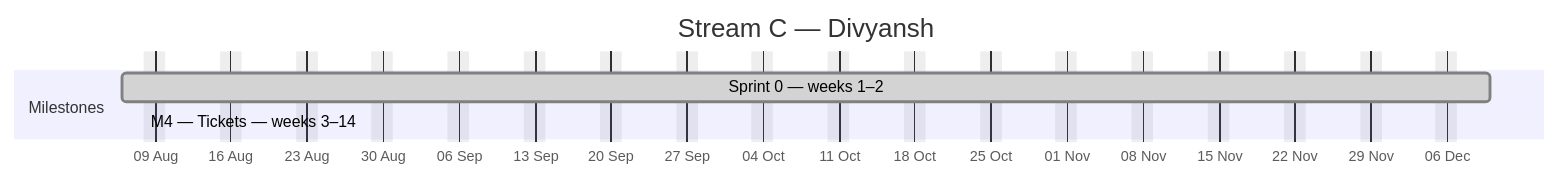
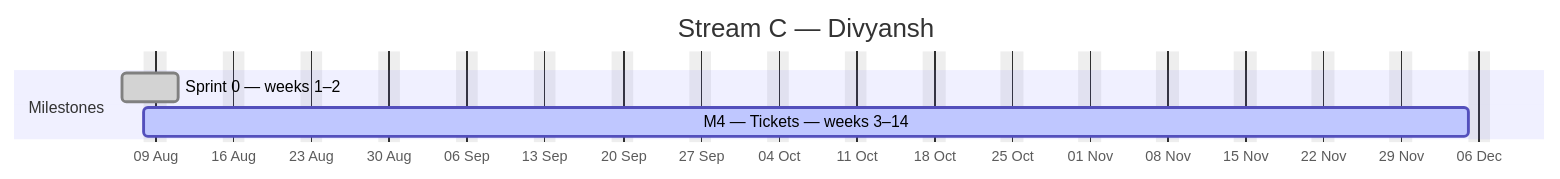
Before and after one commit to debashisedunext/EduTrack: the third of 4 diagrams in docs/plan/GANTT.md, drawn with Mermaid. The commit also changed other lines of this file and 3 other files, not shown here.

````diff
--- a/docs/plan/GANTT.md
+++ b/docs/plan/GANTT.md
@@ -156,10 +156,10 @@
 ```mermaid
 gantt
     dateFormat YYYY-MM-DD
     axisFormat %d %b
     title Stream C — Divyansh
     excludes weekends
     section Milestones
-    Sprint 0 — weeks 1–2 :done, c0, 2026-08-06, 90d
-    M4 — Tickets — weeks 3–14 :active, c1, 2026-08-08, 0d
+    Sprint 0 — weeks 1–2 :done, c0, 2026-08-06, 3d
+    M4 — Tickets — weeks 3–14 :active, c1, 2026-08-08, 86d
 ```
````
